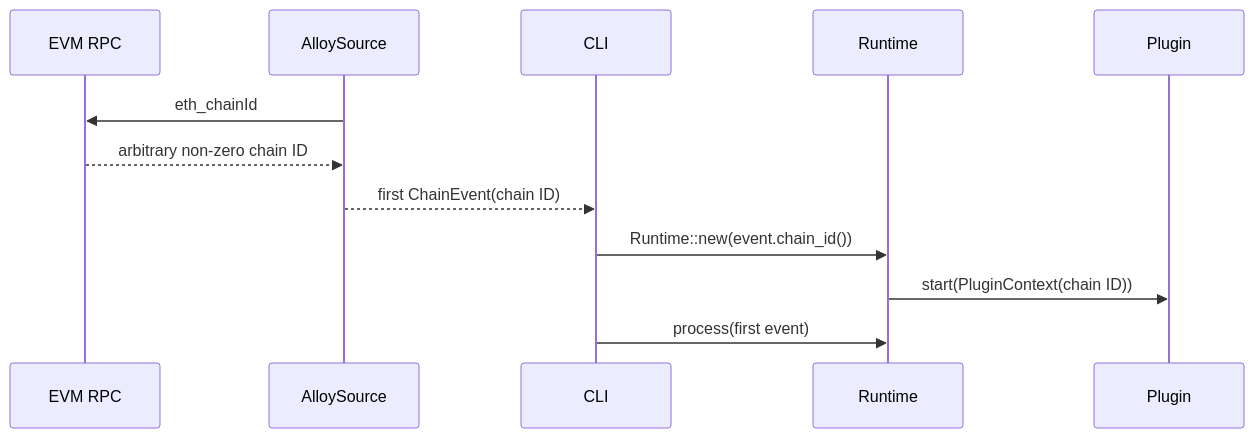
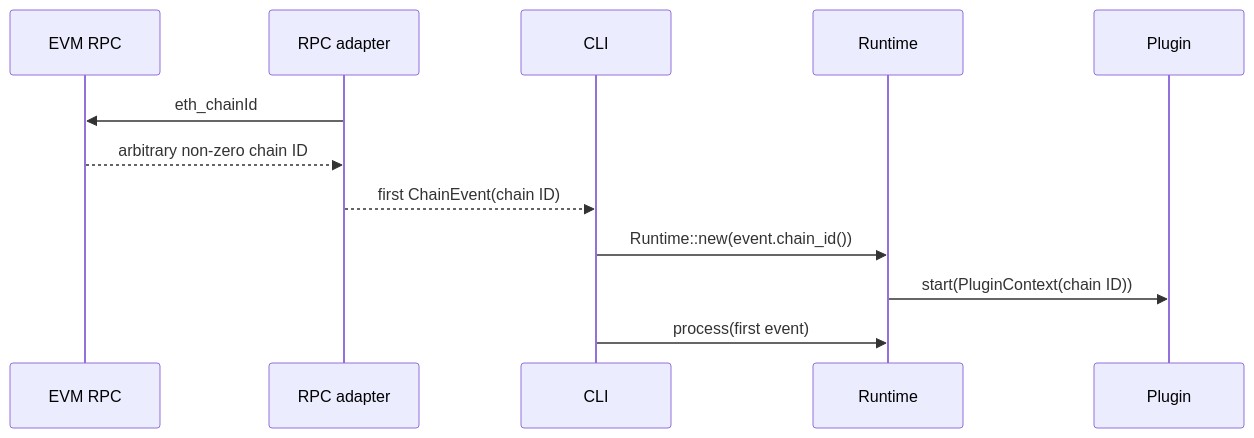
Before and after one commit to abhi3700/raven: the third of 7 diagrams in docs/concepts/architecture.mdx, drawn with Mermaid. The commit also changed other lines of this file and 14 other files, not shown here.

````diff
--- a/docs/concepts/architecture.mdx
+++ b/docs/concepts/architecture.mdx
@@ -48,15 +109,15 @@
 ```mermaid
 sequenceDiagram
     participant RPC as EVM RPC
-    participant Source as AlloySource
+    participant Source as RPC adapter
     participant CLI
     participant Runtime
     participant Plugin
 
     Source->>RPC: eth_chainId
     RPC-->>Source: arbitrary non-zero chain ID
     Source-->>CLI: first ChainEvent(chain ID)
     CLI->>Runtime: Runtime::new(event.chain_id())
     Runtime->>Plugin: start(PluginContext(chain ID))
     CLI->>Runtime: process(first event)
 ```
````
